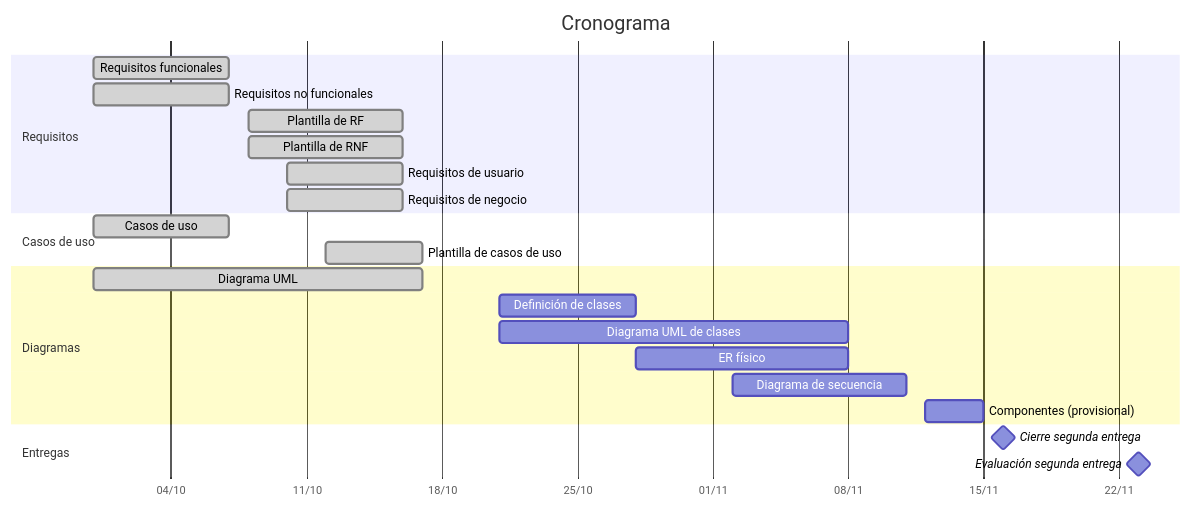
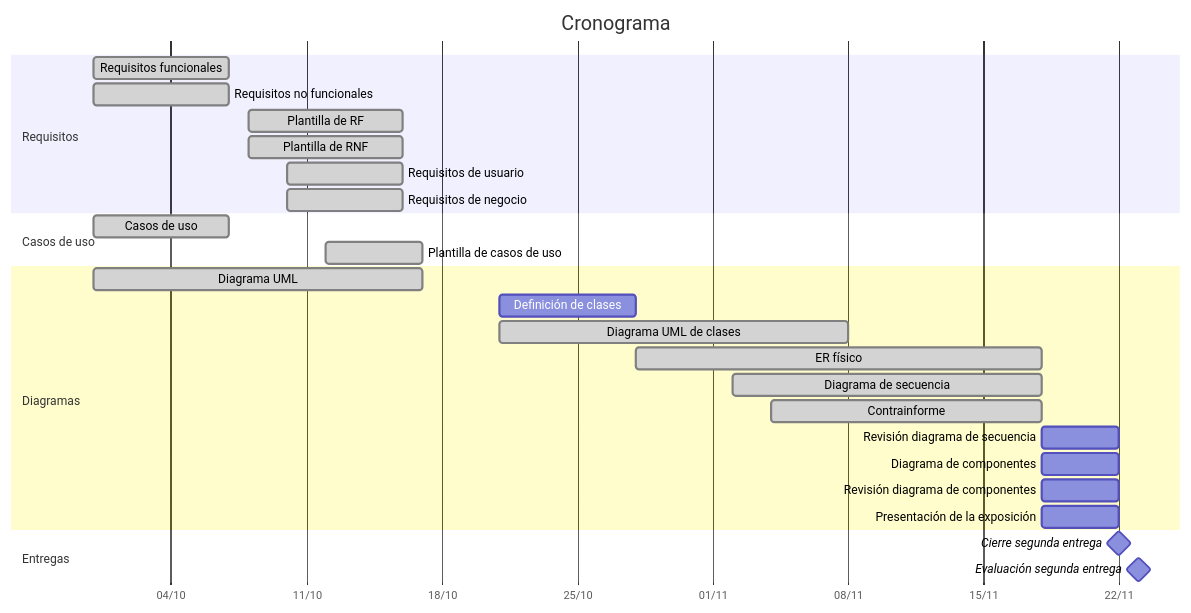
Before and after one commit to EVerjanoPerez/Grupo-Al-khwarizmi: the diagram in Planificacion/Planificación.md, drawn with Mermaid. The commit also changed other lines of this file and 1 other file, not shown here.

````diff
--- a/Planificacion/Planificación.md
+++ b/Planificacion/Planificación.md
@@ -60,26 +68,30 @@
 ```mermaid
 gantt
     title Cronograma
     dateFormat YYYY-MM-DD
     axisFormat %d/%m
     section Requisitos
     Requisitos funcionales           :done, rf, 2026-09-30, 2026-10-07
     Requisitos no funcionales        :done, rnf, 2026-09-30, 2026-10-07
     Plantilla de RF                  :done, prf, 2026-10-08, 2026-10-16
     Plantilla de RNF                 :done, prnf, 2026-10-08, 2026-10-16
     Requisitos de usuario            :done, ru, 2026-10-10, 2026-10-16
     Requisitos de negocio            :done, rn, 2026-10-10, 2026-10-16
     section Casos de uso
     Casos de uso                     :done, cu, 2026-09-30, 2026-10-07
     Plantilla de casos de uso        :done, pcu, 2026-10-12, 2026-10-17
     section Diagramas
     Diagrama UML                     :done, uml, 2026-09-30, 2026-10-17
     Definición de clases             :dcl, 2026-10-21, 2026-10-28
-    Diagrama UML de clases           :uc, 2026-10-21, 2026-11-08
-    ER físico                        :er, 2026-10-28, 2026-11-08
-    Diagrama de secuencia            :ds, 2026-11-02, 2026-11-11
-    Componentes (provisional)        :co, 2026-11-12, 2026-11-15
+    Diagrama UML de clases           :done, uc, 2026-10-21, 2026-11-08
+    ER físico                        :done, er, 2026-10-28, 2026-11-18
+    Diagrama de secuencia            :done, ds, 2026-11-02, 2026-11-18
+    Contrainforme                    :done, ci, 2026-11-04, 2026-11-18
+    Revisión diagrama de secuencia   :rds, 2026-11-18, 2026-11-22
+    Diagrama de componentes          :co, 2026-11-18, 2026-11-22
+    Revisión diagrama de componentes :rco, 2026-11-18, 2026-11-22
+    Presentación de la exposición    :pres, 2026-11-18, 2026-11-22
     section Entregas
-    Cierre segunda entrega           :milestone, e2, 2026-11-16, 0d
+    Cierre segunda entrega           :milestone, e2, 2026-11-22, 0d
     Evaluación segunda entrega       :milestone, ev2, 2026-11-23, 0d
 ```
````
